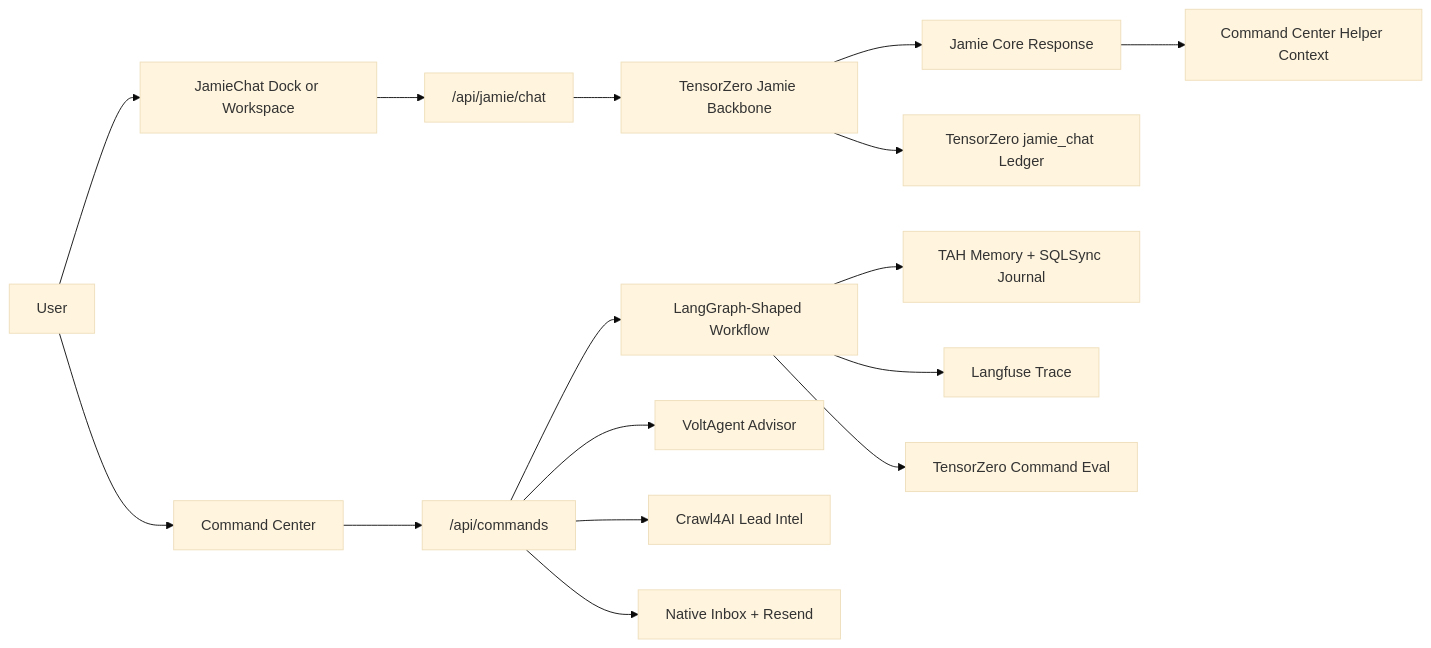
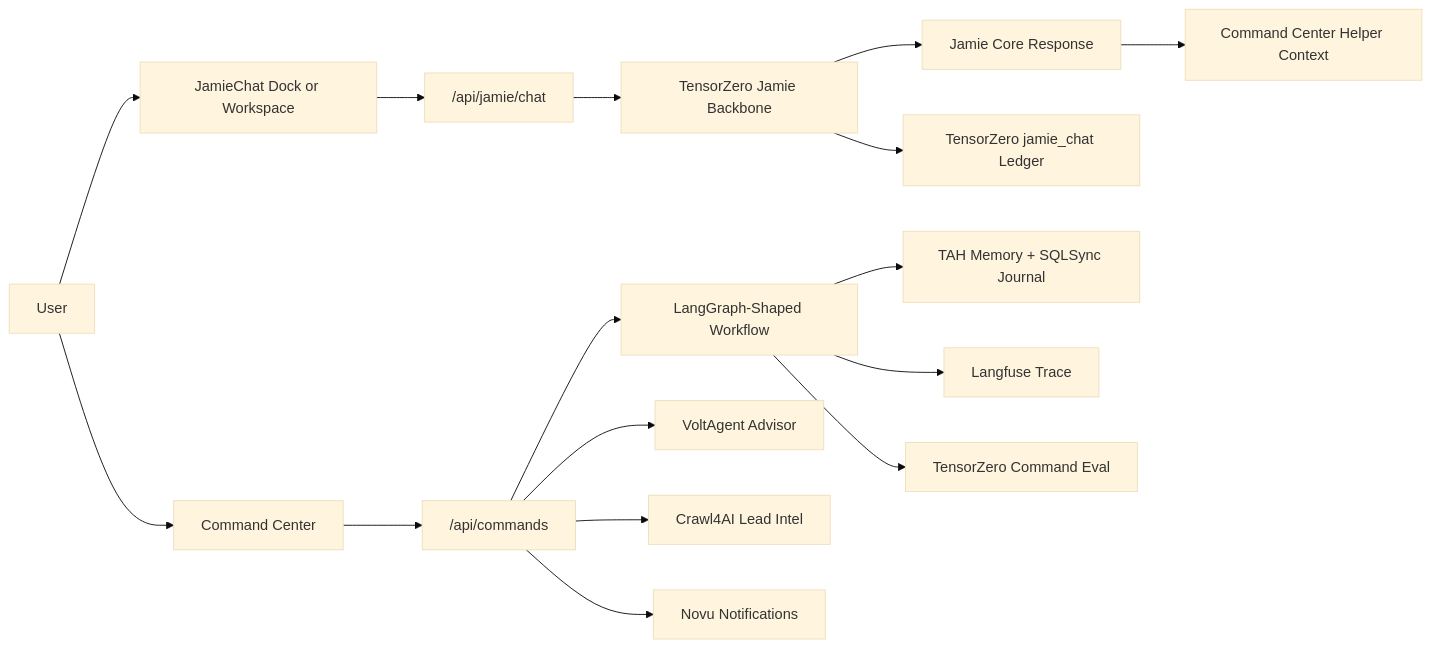
The diagram in apps/pulse/docs/AI_INTEGRATION_STACK.md (tahsrz/sunset-pulse), drawn with Mermaid (base theme) before and after one commit. The commit also changed other lines of this file and 304 other files, not shown here.

````diff
--- a/apps/pulse/docs/AI_INTEGRATION_STACK.md
+++ b/apps/pulse/docs/AI_INTEGRATION_STACK.md
@@ -36,19 +34,19 @@
 ```mermaid
 flowchart LR
   User["User"] --> Jamie["JamieChat Dock or Workspace"]
   Jamie --> ChatAPI["/api/jamie/chat"]
   ChatAPI --> JamieBackbone["TensorZero Jamie Backbone"]
   JamieBackbone --> JamieCore["Jamie Core Response"]
   JamieCore --> Bridge["Command Center Helper Context"]
   JamieBackbone --> TZeroJamie["TensorZero jamie_chat Ledger"]
 
   User --> CommandUI["Command Center"]
   CommandUI --> CommandAPI["/api/commands"]
   CommandAPI --> Graph["LangGraph-Shaped Workflow"]
   Graph --> Memory["TAH Memory + SQLSync Journal"]
   Graph --> Langfuse["Langfuse Trace"]
   Graph --> TZeroCommand["TensorZero Command Eval"]
   CommandAPI --> Volt["VoltAgent Advisor"]
   CommandAPI --> Crawl4AI["Crawl4AI Lead Intel"]
-  CommandAPI --> Notify["Native Inbox + Resend"]
+  CommandAPI --> Novu["Novu Notifications"]
 ```
````
